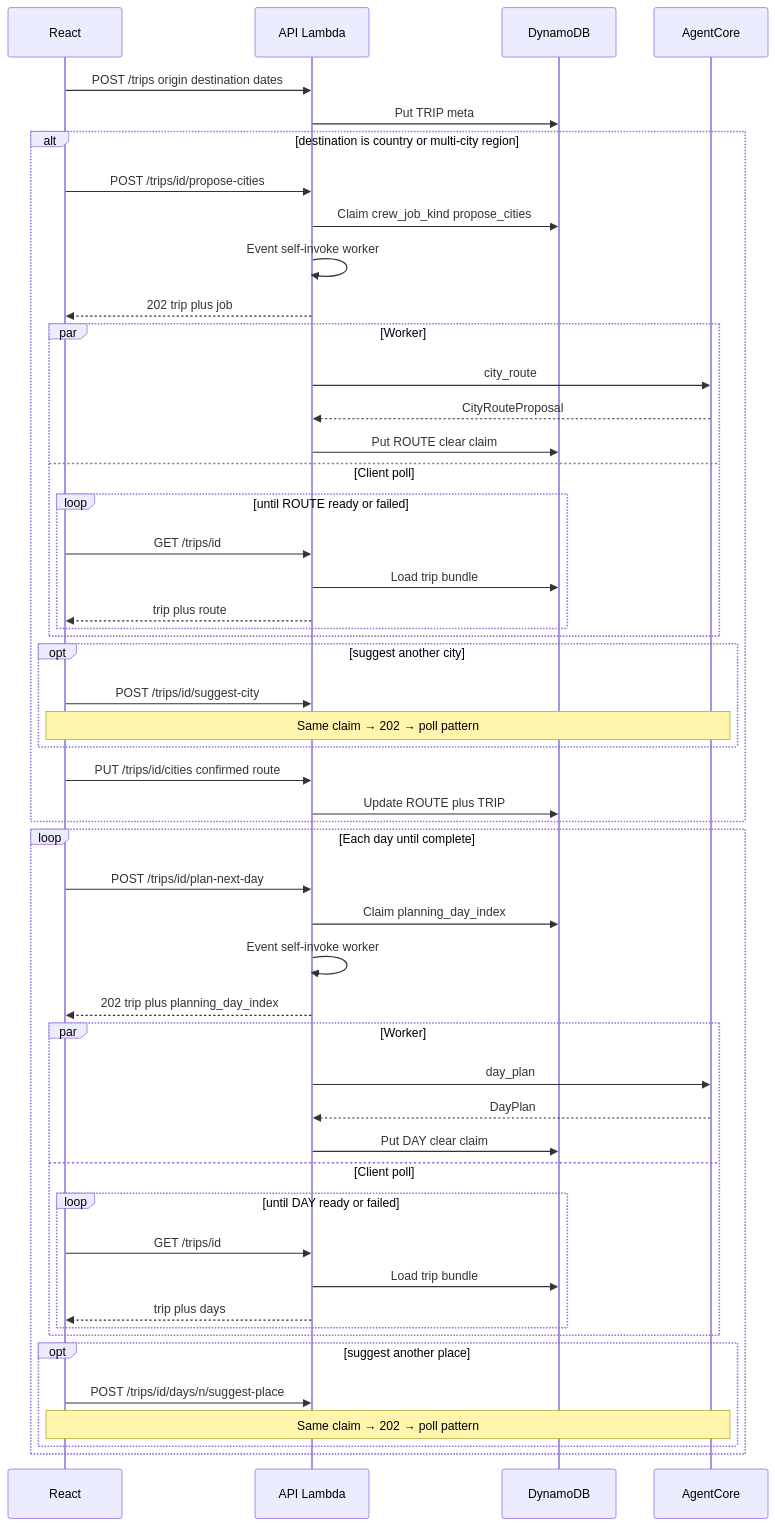
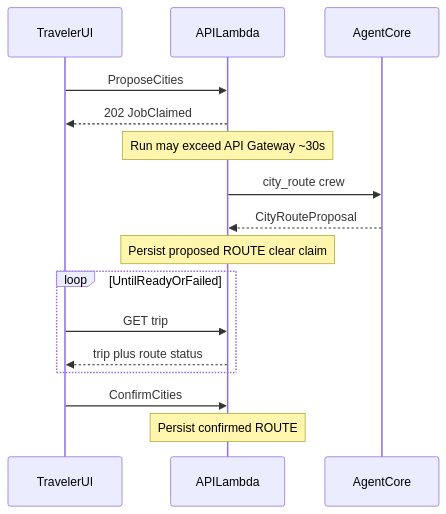
The third of 4 diagrams in README.md (YukiUmetsu/vacation-planner-crewai), drawn with Mermaid before and after one commit. The commit also changed other lines of this file, not shown here.

Commit message:
docs: simplify README planning sequence diagrams Split the nested cities+days sequence into a vertical overview flowchart and short cities/days async sequences.

````diff
--- a/README.md
+++ b/README.md
@@ -138,54 +160,18 @@
 ```mermaid
 sequenceDiagram
-  participant UI as React
-  participant API as API Lambda
-  participant DDB as DynamoDB
+  participant UI as TravelerUI
+  participant API as APILambda
   participant AC as AgentCore
-
-  UI->>API: POST /trips origin destination dates
-  API->>DDB: Put TRIP meta
-  alt destination is country or multi-city region
-    UI->>API: POST /trips/id/propose-cities
-    API->>DDB: Claim crew_job_kind propose_cities
-    API->>API: Event self-invoke worker
-    API-->>UI: 202 trip plus job
-    par Worker
-      API->>AC: city_route
-      AC-->>API: CityRouteProposal
-      API->>DDB: Put ROUTE clear claim
-    and Client poll
-      loop until ROUTE ready or failed
-        UI->>API: GET /trips/id
-        API->>DDB: Load trip bundle
-        API-->>UI: trip plus route
-      end
-    end
-    opt suggest another city
-      UI->>API: POST /trips/id/suggest-city
-      Note over UI,AC: Same claim → 202 → poll pattern
-    end
-    UI->>API: PUT /trips/id/cities confirmed route
-    API->>DDB: Update ROUTE plus TRIP
+  UI->>API: ProposeCities
+  API-->>UI: 202 JobClaimed
+  Note over API: Run may exceed API Gateway ~30s
+  API->>AC: city_route crew
+  AC-->>API: CityRouteProposal
+  Note over API: Persist proposed ROUTE clear claim
+  loop UntilReadyOrFailed
+    UI->>API: GET trip
+    API-->>UI: trip plus route status
   end
-  loop Each day until complete
-    UI->>API: POST /trips/id/plan-next-day
-    API->>DDB: Claim planning_day_index
-    API->>API: Event self-invoke worker
-    API-->>UI: 202 trip plus planning_day_index
-    par Worker
-      API->>AC: day_plan
-      AC-->>API: DayPlan
-      API->>DDB: Put DAY clear claim
-    and Client poll
-      loop until DAY ready or failed
-        UI->>API: GET /trips/id
-        API->>DDB: Load trip bundle
-        API-->>UI: trip plus days
-      end
-    end
-    opt suggest another place
-      UI->>API: POST /trips/id/days/n/suggest-place
-      Note over UI,AC: Same claim → 202 → poll pattern
-    end
-  end
+  UI->>API: ConfirmCities
+  Note over API: Persist confirmed ROUTE
 ```
````
